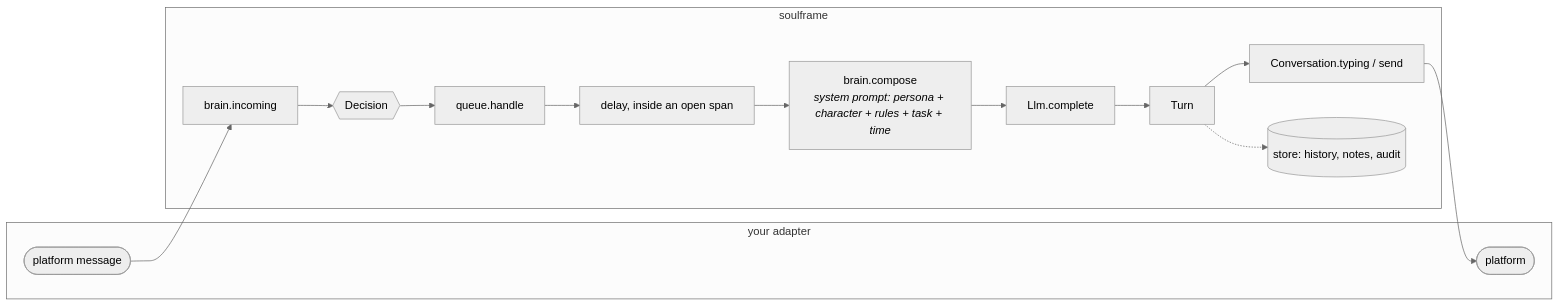
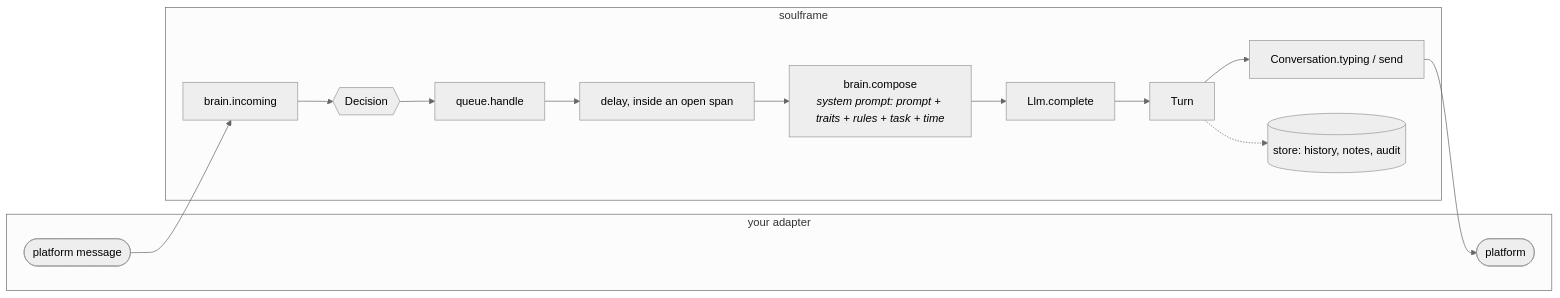
One commit to RubyDevil/soulframe changed the diagram in docs/concepts.md. Above: the diagram before and after it, drawn with Mermaid (neutral theme). The commit also changed other lines of this file and 36 other files, not shown here.

First line of the commit message:
feat(config)!: take a persona as a config and a prompt

````diff
--- a/docs/concepts.md
+++ b/docs/concepts.md
@@ -7,19 +7,19 @@
 ```mermaid
 flowchart LR
     subgraph adapter["your adapter"]
         in(["platform message"])
         out(["platform"])
     end
     subgraph sf["soulframe"]
         incoming["brain.incoming"] --> decision{{"Decision"}}
         decision --> handle["queue.handle"]
         handle --> wait["delay, inside an open span"]
-        wait --> compose["brain.compose<br/><i>system prompt: persona + character + rules + task + time</i>"]
+        wait --> compose["brain.compose<br/><i>system prompt: prompt + traits + rules + task + time</i>"]
         compose --> complete["Llm.complete"]
         complete --> turn["Turn"]
         turn --> send["Conversation.typing / send"]
         turn -.-> store[("store: history, notes, audit")]
     end
     in --> incoming
     send --> out
 ```
````
